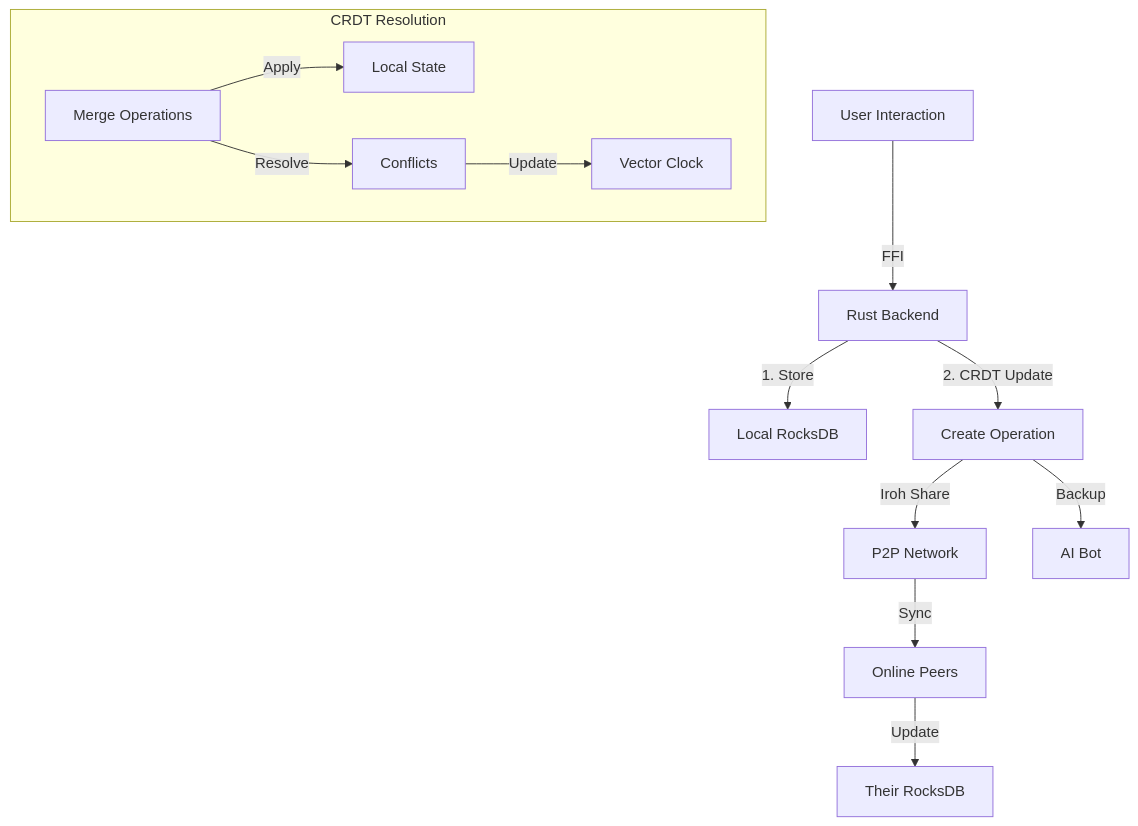
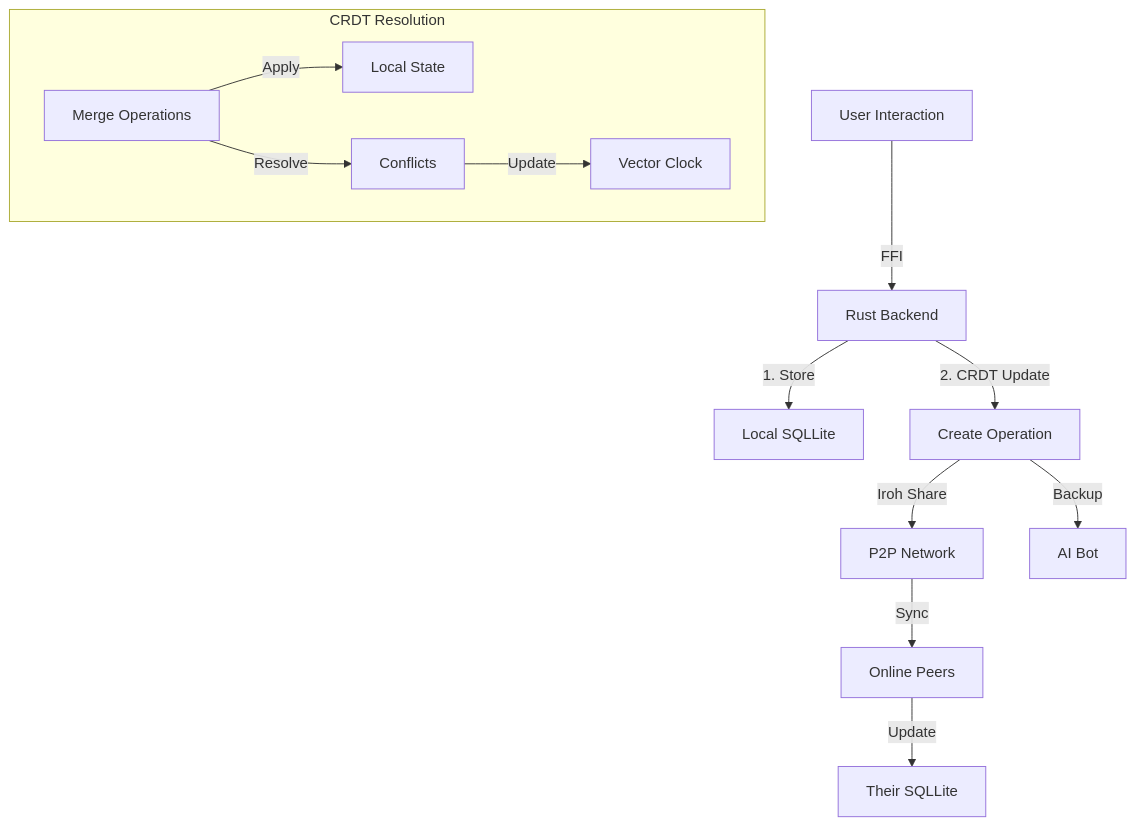
Before and after one commit to goldilocksfashion/dripp-backend: the fifth of 13 diagrams in README.md, drawn with Mermaid. The commit also changed other lines of this file, not shown here.

````diff
--- a/README.md
+++ b/README.md
@@ -86,21 +85,21 @@
 ```mermaid
 
 
 graph TD
     A[User Interaction] -->|FFI| B[Rust Backend]
-    B -->|1. Store| C[Local RocksDB]
+    B -->|1. Store| C[Local SQLLite]
     B -->|2. CRDT Update| D[Create Operation]
     
     D -->|Iroh Share| E[P2P Network]
     D -->|Backup| F[AI Bot]
     
     subgraph "CRDT Resolution"
         G[Merge Operations] -->|Apply| H[Local State]
         G -->|Resolve| I[Conflicts]
         I -->|Update| J[Vector Clock]
     end
     
     E -->|Sync| K[Online Peers]
-    K -->|Update| L[Their RocksDB]
+    K -->|Update| L[Their SQLLite]
 
 ```
````
